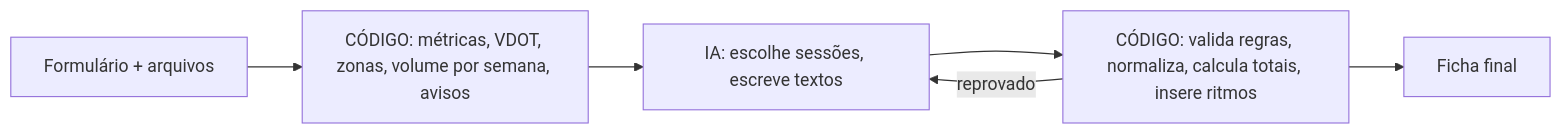
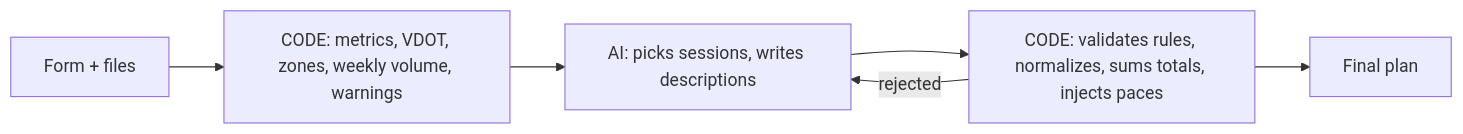
Before and after one commit to upedrooo/Evolux-Run-Coach: the diagram in docs/ai-and-scripts.md, drawn with Mermaid. The commit also changed other lines of this file and 34 other files, not shown here.

````diff
--- a/docs/ai-and-scripts.md
+++ b/docs/ai-and-scripts.md
@@ -12,8 +12,8 @@
 ```mermaid
 flowchart LR
-  A["Formulário + arquivos"] --> B["CÓDIGO: métricas, VDOT, zonas, volume por semana, avisos"]
-  B --> C["IA: escolhe sessões, escreve textos"]
-  C --> D["CÓDIGO: valida regras, normaliza, calcula totais, insere ritmos"]
-  D -->|"reprovado"| C
-  D --> E["Ficha final"]
+  A["Form + files"] --> B["CODE: metrics, VDOT, zones, weekly volume, warnings"]
+  B --> C["AI: picks sessions, writes descriptions"]
+  C --> D["CODE: validates rules, normalizes, sums totals, injects paces"]
+  D -->|"rejected"| C
+  D --> E["Final plan"]
 ```
````
